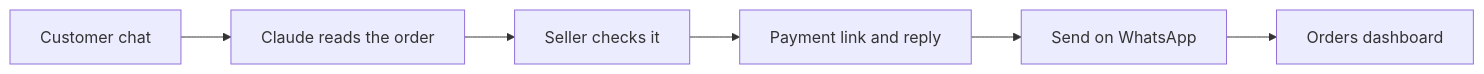
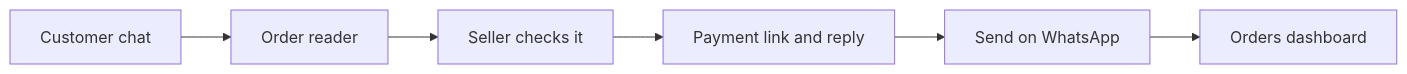
The diagram in README.md (Aman-Tripathi27/chat-to-pay), drawn with Mermaid before and after one commit. The commit also changed other lines of this file and 35 other files, not shown here.

````diff
--- a/README.md
+++ b/README.md
@@ -42,8 +42,8 @@
 ```mermaid
 flowchart LR
-    A[Customer chat] --> B[Claude reads the order]
+    A[Customer chat] --> B[Order reader]
     B --> C[Seller checks it]
     C --> D[Payment link and reply]
     D --> E[Send on WhatsApp]
     E --> F[Orders dashboard]
 ```
````
